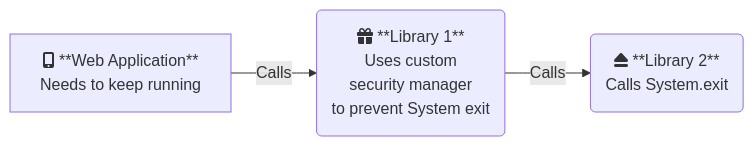
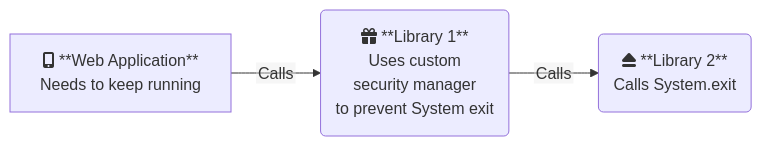
The diagram in .github/README.md (sualeh/system-exit-21), drawn with Mermaid before and after one commit.

Commit message:
Improve rendering

````diff
--- a/.github/README.md
+++ b/.github/README.md
@@ -9,13 +9,14 @@
 ```mermaid
+%%{init: {"flowchart": {"htmlLabels": false}} }%%
 flowchart LR
     A[fa:fa-mobile-screen-button **Web Application**
       Needs to keep running]
     B(fa:fa-gift **Library 1**
       Uses custom
       security manager
       to prevent System exit)
     C(fa:fa-eject **Library 2**
       Calls System.exit)
     A -->|Calls| B
     B -->|Calls| C
 ```
````
